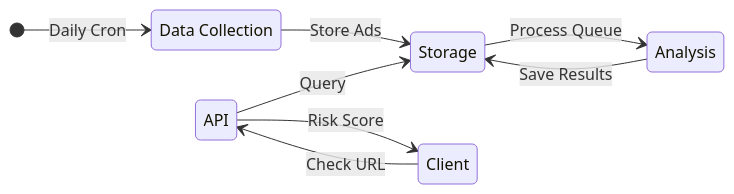
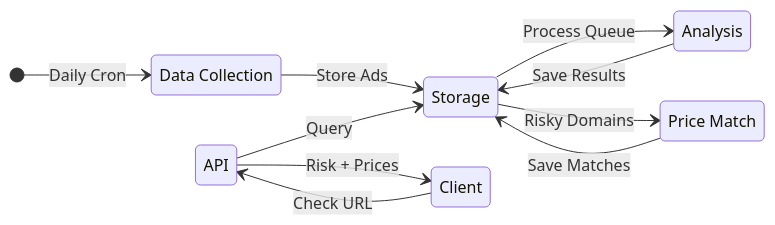
One commit to Rani-Maman/Adora changed the first of 6 diagrams in docs/architecture.md. Above: the diagram before and after it, drawn with Mermaid. The commit also changed other lines of this file and 21 other files, not shown here.

````diff
--- a/docs/architecture.md
+++ b/docs/architecture.md
@@ -5,18 +5,22 @@
 ```mermaid
 stateDiagram-v2
     direction LR
     
     state "Data Collection" as DC
     state "Storage" as ST
     state "Analysis" as AN
     state "API" as API
     state "Client" as CL
     
+    state "Price Match" as PM
+
     [*] --> DC: Daily Cron
     DC --> ST: Store Ads
     ST --> AN: Process Queue
     AN --> ST: Save Results
+    ST --> PM: Risky Domains
+    PM --> ST: Save Matches
     API --> ST: Query
     CL --> API: Check URL
-    API --> CL: Risk Score
+    API --> CL: Risk + Prices
 ```
````
